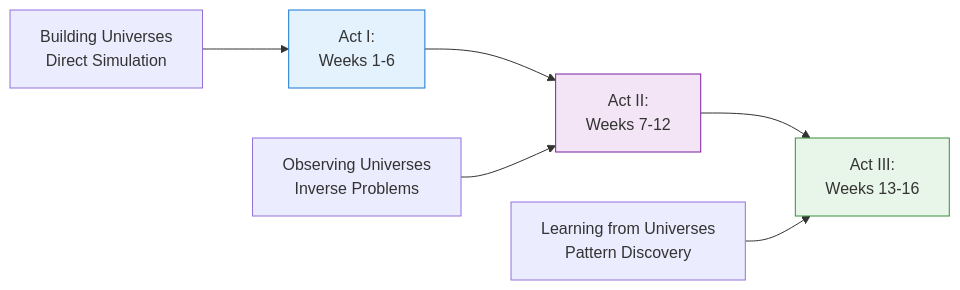
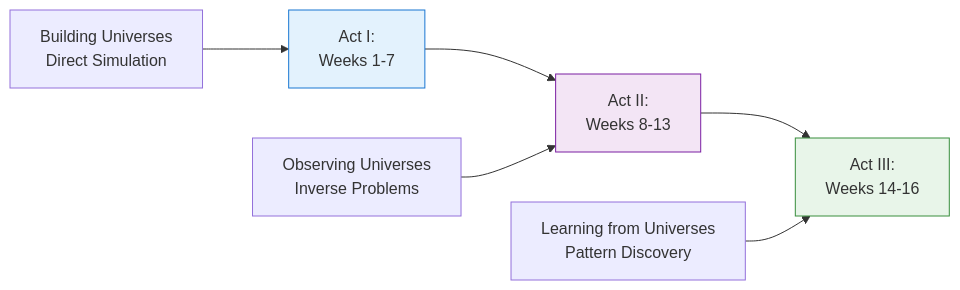
The first of 2 diagrams in astr596-home.md (astrobytes-edu/astr596-modeling-universe), drawn with Mermaid before and after one commit. The commit also changed other lines of this file and 28 other files, not shown here.

````diff
--- a/astr596-home.md
+++ b/astr596-home.md
@@ -9,13 +9,13 @@
 ```{mermaid}
 flowchart LR
-    A["Act I:<br/>Weeks 1-6"] --> B["Act II:<br/>Weeks 7-12"]
-    B --> C["Act III:<br/>Weeks 13-16"]
+    A["Act I:<br/>Weeks 1-7"] --> B["Act II:<br/>Weeks 8-13"]
+    B --> C["Act III:<br/>Weeks 14-16"]
     
     A1["Building Universes<br/>Direct Simulation"] --> A
     B1["Observing Universes<br/>Inverse Problems"] --> B
     C1["Learning from Universes<br/>Pattern Discovery"] --> C
     
     style A fill:#e3f2fd,stroke:#1976d2
     style B fill:#f3e5f5,stroke:#7b1fa2
     style C fill:#e8f5e9,stroke:#388e3c
 ```
````
